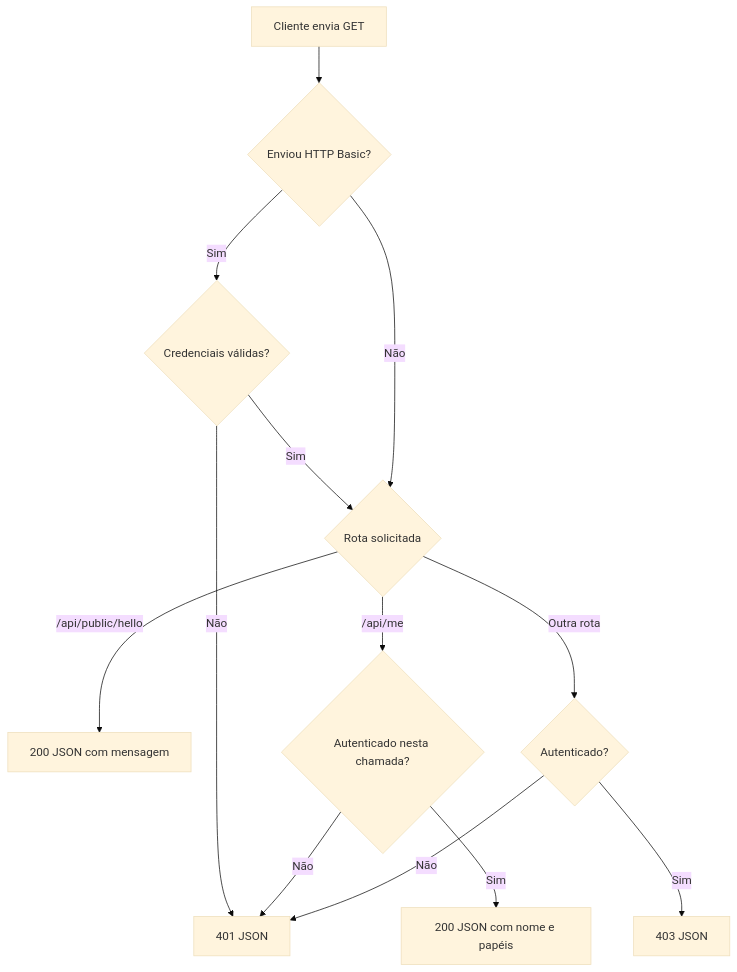
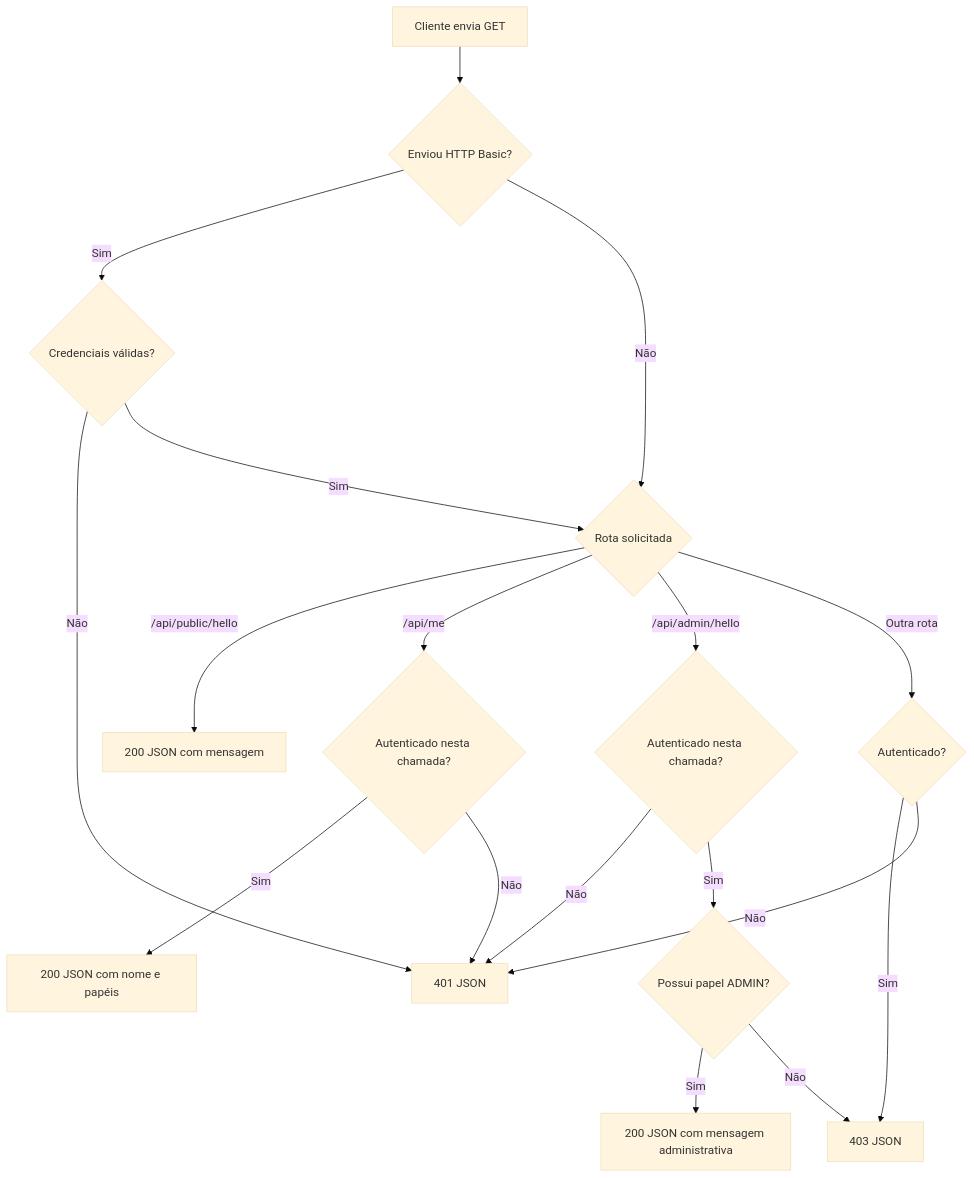
The first of 3 diagrams in docs/diagramas.md (Emersonfarias93/spring-security), drawn with Mermaid (base theme) before and after one commit. The commit also changed other lines of this file and 7 other files, not shown here.

Commit message:
feat: restringir consulta administrativa ao perfil ADMIN

````diff
--- a/docs/diagramas.md
+++ b/docs/diagramas.md
@@ -9,15 +9,20 @@
 ```mermaid
 flowchart TD
     A[Cliente envia GET] --> B{Enviou HTTP Basic?}
     B -->|Sim| C{Credenciais válidas?}
     C -->|Não| U[401 JSON]
     C -->|Sim| D{Rota solicitada}
     B -->|Não| D
     D -->|/api/public/hello| P[200 JSON com mensagem]
     D -->|/api/me| E{Autenticado nesta chamada?}
     E -->|Sim| M[200 JSON com nome e papéis]
     E -->|Não| U
+    D -->|/api/admin/hello| G{Autenticado nesta chamada?}
+    G -->|Não| U
+    G -->|Sim| H{Possui papel ADMIN?}
+    H -->|Sim| Z[200 JSON com mensagem administrativa]
+    H -->|Não| X[403 JSON]
     D -->|Outra rota| F{Autenticado?}
     F -->|Sim| X[403 JSON]
     F -->|Não| U
 ```
````
